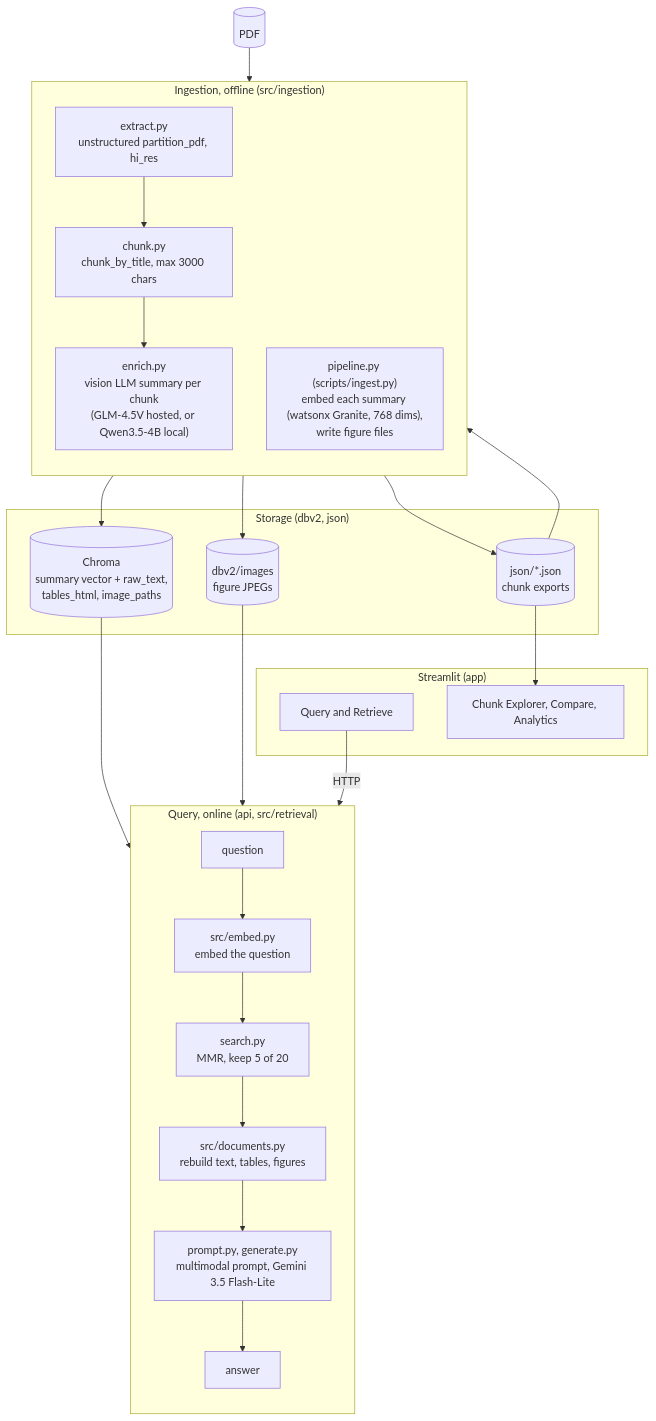
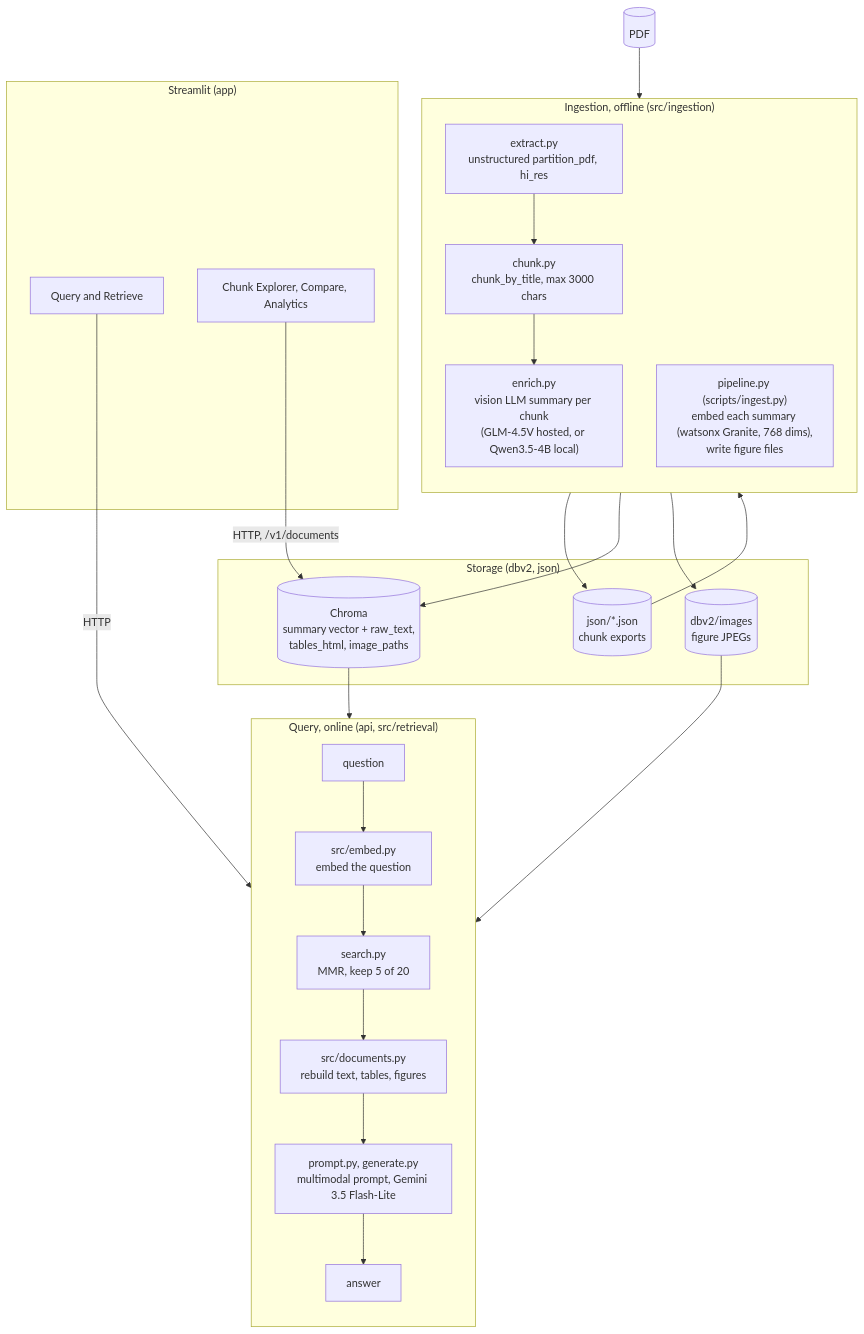
One commit to amehnd/Ki-Craft changed the diagram in README.md. Above: the diagram before and after it, drawn with Mermaid. The commit also changed 5 other files, not shown here.

````diff
--- a/README.md
+++ b/README.md
@@ -57,45 +57,45 @@
 ```mermaid
 flowchart TB
     PDF[("PDF")]
 
     subgraph Ingestion["Ingestion, offline (src/ingestion)"]
         direction TB
         PART["extract.py<br/>unstructured partition_pdf, hi_res"]
         CHUNK["chunk.py<br/>chunk_by_title, max 3000 chars"]
         ENRICH["enrich.py<br/>vision LLM summary per chunk<br/>(GLM-4.5V hosted, or Qwen3.5-4B local)"]
         BUILD["pipeline.py (scripts/ingest.py)<br/>embed each summary (watsonx Granite, 768 dims),<br/>write figure files"]
         PART --> CHUNK --> ENRICH
     end
 
     subgraph Storage["Storage (dbv2, json)"]
         CHROMA[("Chroma<br/>summary vector + raw_text,<br/>tables_html, image_paths")]
         IMAGES[("dbv2/images<br/>figure JPEGs")]
         JSON[("json/*.json<br/>chunk exports")]
     end
 
     subgraph Query["Query, online (api, src/retrieval)"]
         direction TB
         Q["question"]
         EMBED_Q["src/embed.py<br/>embed the question"]
         MMR["search.py<br/>MMR, keep 5 of 20"]
         REBUILD["src/documents.py<br/>rebuild text, tables, figures"]
         GEN["prompt.py, generate.py<br/>multimodal prompt, Gemini 3.5 Flash-Lite"]
         ANSWER["answer"]
         Q --> EMBED_Q --> MMR --> REBUILD --> GEN --> ANSWER
     end
 
     subgraph UI["Streamlit (app)"]
         CHAT["Query and Retrieve"]
         EXPLORE["Chunk Explorer, Compare, Analytics"]
     end
 
     PDF --> PART
     ENRICH --> JSON
     JSON --> BUILD
     BUILD --> CHROMA
     BUILD --> IMAGES
     CHROMA --> MMR
     IMAGES --> REBUILD
     CHAT -- "HTTP" --> Q
-    JSON --> EXPLORE
+    EXPLORE -- "HTTP, /v1/documents" --> CHROMA
 ```
````
